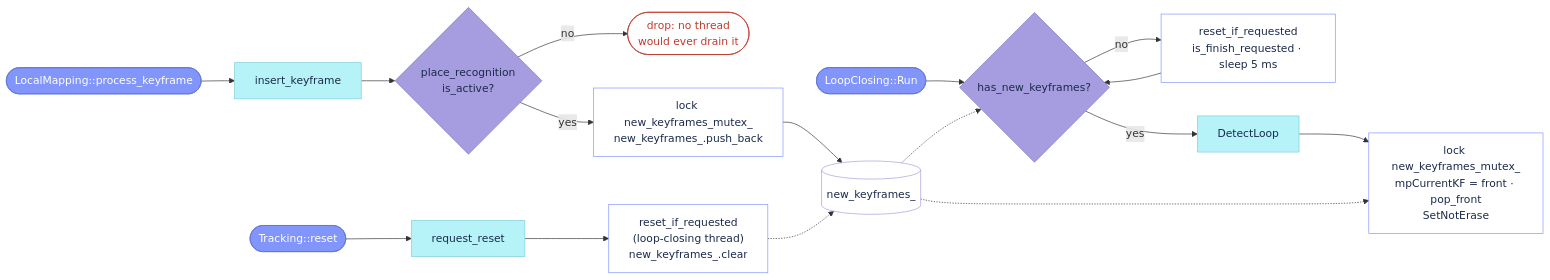
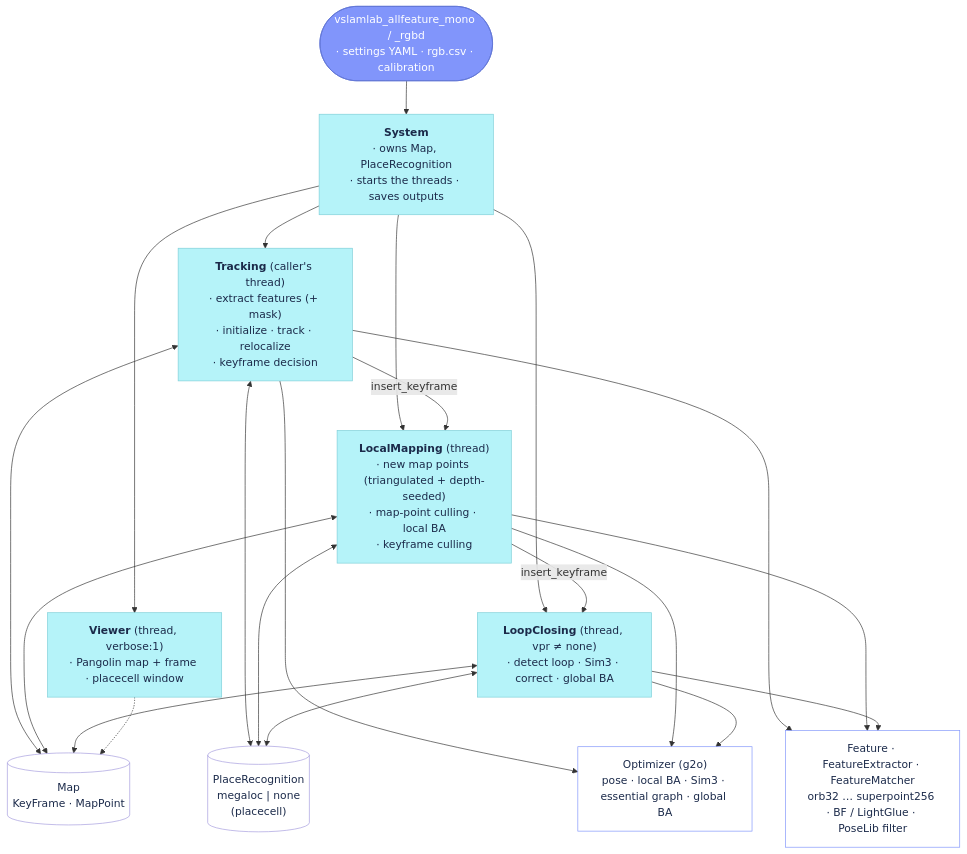
Before and after one commit to alejandrofontan/AllFeature-VSLAM: the diagram in allfeature.md, drawn with Mermaid. The commit also changed other lines of this file and 13 other files, not shown here.

````diff
--- a/allfeature.md
+++ b/allfeature.md
@@ -77,31 +11,41 @@
 ```mermaid
-flowchart LR
-    PK([LocalMapping::process_keyframe]) --> IK[insert_keyframe] --> ACT{place_recognition<br/>is_active?}
-    ACT -- no --> DROP([drop: no thread<br/>would ever drain it])
-    ACT -- yes --> PUSH["lock new_keyframes_mutex_<br/>new_keyframes_.push_back"]
-    PUSH --> Q[(new_keyframes_)]
+flowchart TD
+    CLI(["vslamlab_allfeature_mono / _rgbd<br/>· settings YAML · rgb.csv · calibration"]) --> SYS["<b>System</b><br/>· owns Map, PlaceRecognition<br/>· starts the threads · saves outputs"]
+    SYS --> TRK["<b>Tracking</b> (caller's thread)<br/>· extract features (+ mask)<br/>· initialize · track · relocalize<br/>· keyframe decision"]
+    SYS --> LM["<b>LocalMapping</b> (thread)<br/>· new map points (triangulated + depth-seeded)<br/>· map-point culling · local BA<br/>· keyframe culling"]
+    SYS --> LC["<b>LoopClosing</b> (thread, vpr ≠ none)<br/>· detect loop · Sim3 · correct · global BA"]
+    SYS --> VW["<b>Viewer</b> (thread, verbose:1)<br/>· Pangolin map + frame · placecell window"]
+    TRK -- "insert_keyframe" --> LM
+    LM -- "insert_keyframe" --> LC
+    TRK <--> MAP[("Map<br/>KeyFrame · MapPoint")]
+    LM <--> MAP
+    LC <--> MAP
+    VW -.-> MAP
+    TRK <--> VPR[("PlaceRecognition<br/>megaloc | none<br/>(placecell)")]
+    LM <--> VPR
+    LC <--> VPR
+    TRK --> OPT["Optimizer (g2o)<br/>pose · local BA · Sim3 · essential graph · global BA"]
+    LM --> OPT
+    LC --> OPT
+    TRK --> FM["Feature · FeatureExtractor · FeatureMatcher<br/>orb32 … superpoint256 · BF / LightGlue · PoseLib filter"]
+    LM --> FM
+    LC --> FM
 
-    RUN([LoopClosing::Run]) --> HNK{has_new_keyframes?}
-    HNK -- no --> SLEEP["reset_if_requested<br/>is_finish_requested · sleep 5 ms"] --> HNK
-    HNK -- yes --> DL[DetectLoop] --> POP["lock new_keyframes_mutex_<br/>mpCurrentKF = front · pop_front<br/>SetNotErase"]
-    Q -.-> HNK
-    Q -.-> POP
-
-    RST([Tracking::reset]) --> RR[request_reset] --> RIR["reset_if_requested<br/>(loop-closing thread)<br/>new_keyframes_.clear"]
-    RIR -.-> Q
+    click SYS "docs/reference/System.md"
+    click TRK "docs/reference/Tracking.md"
+    click LM "docs/reference/LocalMapping.md"
+    click LC "docs/reference/LoopClosing.md"
+    click VW "docs/reference/Viewer.md"
 
     %% VSLAM-LAB logo squares: cyan #b5f3f9, periwinkle #8195fb, lavender #a59ddf
     classDef entry fill:#8195fb,stroke:#5f74d6,color:#fff
     classDef step fill:#b5f3f9,stroke:#7fcfd8,color:#1b2a4a
     classDef check fill:#a59ddf,stroke:#7e75c4,color:#1b2a4a
     classDef cmd fill:#fff,stroke:#8195fb,color:#1b2a4a
-    classDef stop fill:#fff,stroke:#c0392b,color:#c0392b
     classDef store fill:#fff,stroke:#a59ddf,color:#1b2a4a
 
-    class PK,RUN,RST entry
-    class IK,DL,RR step
-    class ACT,HNK check
-    class PUSH,POP,SLEEP,RIR cmd
-    class DROP stop
-    class Q store
+    class CLI entry
+    class SYS,TRK,LM,LC,VW step
+    class OPT,FM cmd
+    class MAP,VPR store
 ```
````
